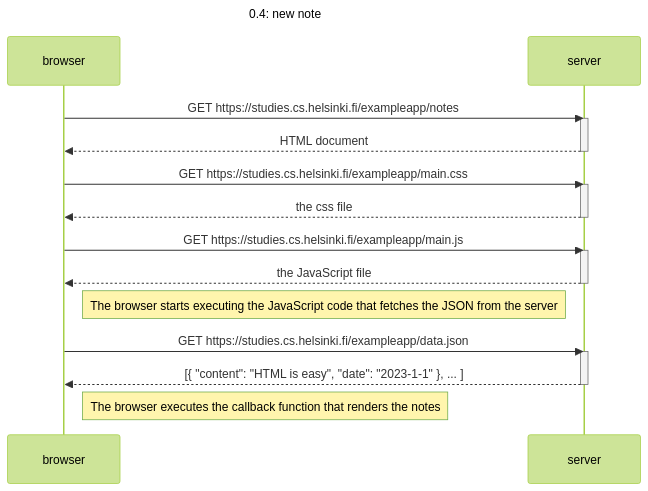
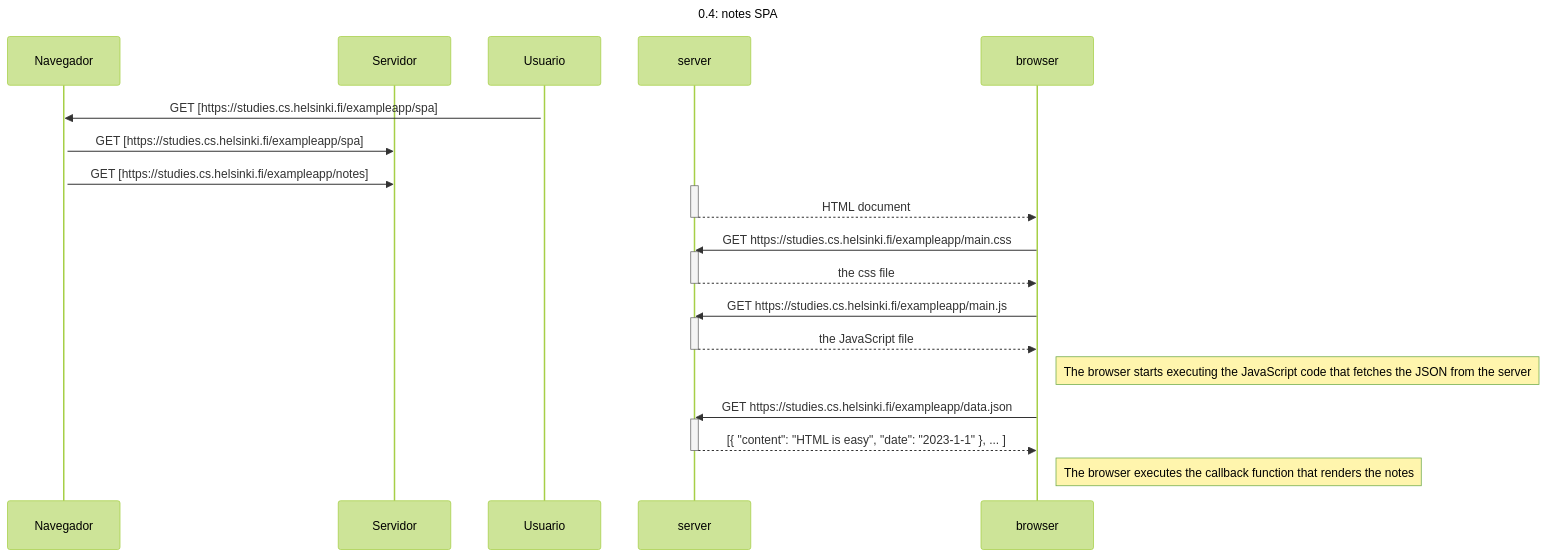
The diagram in 0.4: Nuevo diagrama de nota.md (thecrusher2345/Full-Stack-Open-2023), drawn with Mermaid (forest theme) before and after one commit.

Commit message:
Update 0.4: Nuevo diagrama de nota.md

````diff
--- a/0.4: Nuevo diagrama de nota.md
+++ b/0.4: Nuevo diagrama de nota.md
@@ -3,31 +3,41 @@
 ```mermaid
 sequenceDiagram
-    Title: 0.4: new note
+    Title: 0.4: notes SPA
 
-    participant browser
-    participant server
+    participant Navegador
+    participant Servidor
+    participant Usuario
 
-    browser->>server: GET https://studies.cs.helsinki.fi/exampleapp/notes
+    activate Usuario
+    Usuario->>Navegador: GET [https://studies.cs.helsinki.fi/exampleapp/spa]
+    activate Navegador
+    Navegador->>Servidor: GET [https://studies.cs.helsinki.fi/exampleapp/spa]
+    
+
+
+
+
+    Navegador->>Servidor: GET [https://studies.cs.helsinki.fi/exampleapp/notes]
     activate server
     server-->>browser: HTML document
     deactivate server
 
     browser->>server: GET https://studies.cs.helsinki.fi/exampleapp/main.css
     activate server
     server-->>browser: the css file
     deactivate server
 
     browser->>server: GET https://studies.cs.helsinki.fi/exampleapp/main.js
     activate server
     server-->>browser: the JavaScript file
     deactivate server
 
     Note right of browser: The browser starts executing the JavaScript code that fetches the JSON from the server
 
     browser->>server: GET https://studies.cs.helsinki.fi/exampleapp/data.json
     activate server
     server-->>browser: [{ "content": "HTML is easy", "date": "2023-1-1" }, ... ]
     deactivate server
 
     Note right of browser: The browser executes the callback function that renders the notes
 ```
````
